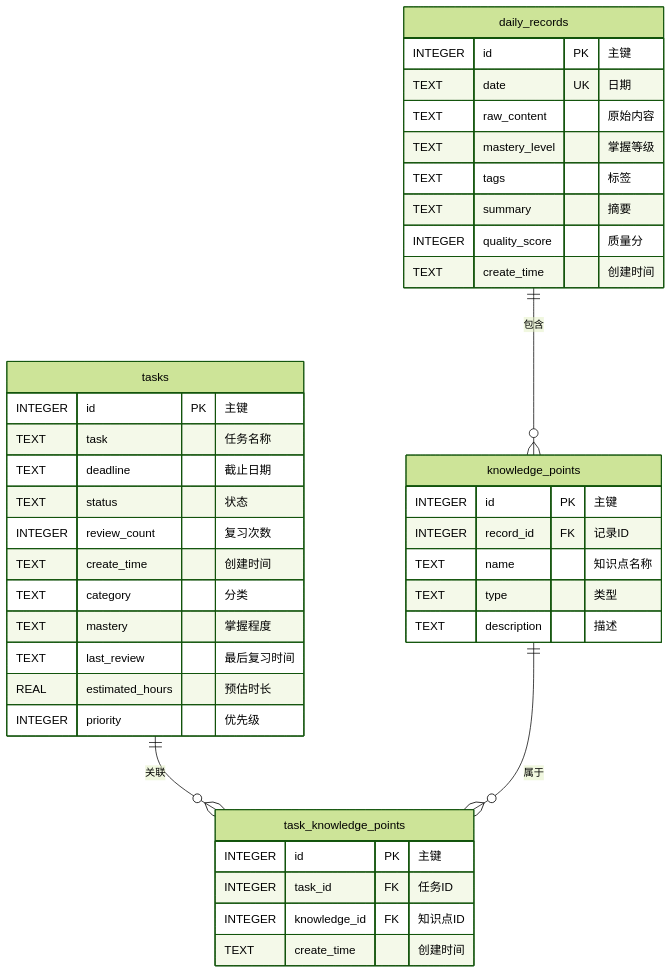
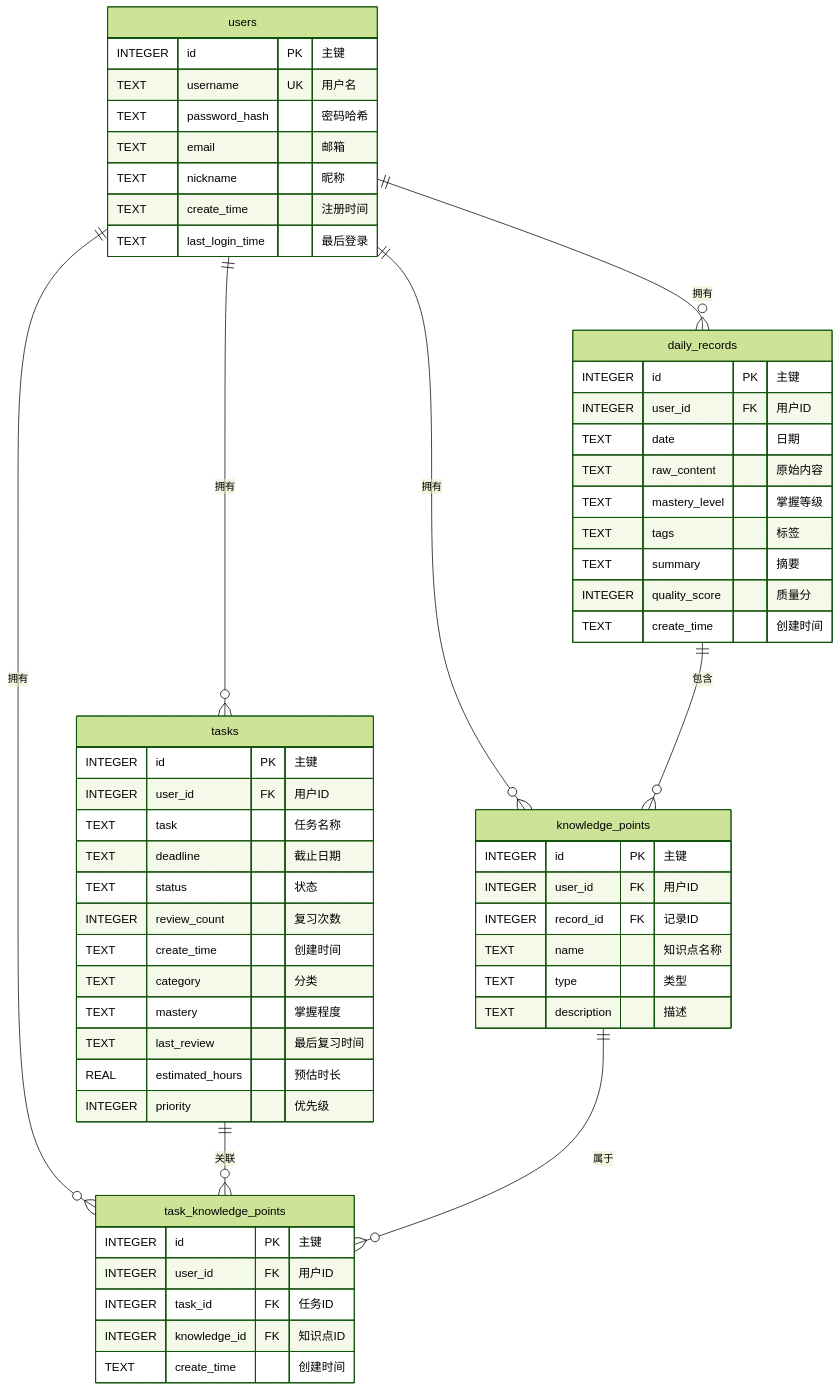
The first of 3 diagrams in README.md (LIUGUANYI-WQ/study_agent), drawn with Mermaid (forest theme) before and after one commit. The commit also changed other lines of this file and 10 other files, not shown here.

````diff
--- a/README.md
+++ b/README.md
@@ -109,46 +111,64 @@
 ```mermaid
 erDiagram
+    users ||--o{ tasks : "拥有"
+    users ||--o{ daily_records : "拥有"
+    users ||--o{ knowledge_points : "拥有"
+    users ||--o{ task_knowledge_points : "拥有"
     tasks ||--o{ task_knowledge_points : "关联"
     daily_records ||--o{ knowledge_points : "包含"
     knowledge_points ||--o{ task_knowledge_points : "属于"
 
+    users {
+        INTEGER id PK "主键"
+        TEXT username UK "用户名"
+        TEXT password_hash "密码哈希"
+        TEXT email "邮箱"
+        TEXT nickname "昵称"
+        TEXT create_time "注册时间"
+        TEXT last_login_time "最后登录"
+    }
+
     tasks {
         INTEGER id PK "主键"
+        INTEGER user_id FK "用户ID"
         TEXT task "任务名称"
         TEXT deadline "截止日期"
         TEXT status "状态"
         INTEGER review_count "复习次数"
         TEXT create_time "创建时间"
         TEXT category "分类"
         TEXT mastery "掌握程度"
         TEXT last_review "最后复习时间"
         REAL estimated_hours "预估时长"
         INTEGER priority "优先级"
     }
 
     daily_records {
         INTEGER id PK "主键"
-        TEXT date UK "日期"
+        INTEGER user_id FK "用户ID"
+        TEXT date "日期"
         TEXT raw_content "原始内容"
         TEXT mastery_level "掌握等级"
         TEXT tags "标签"
         TEXT summary "摘要"
         INTEGER quality_score "质量分"
         TEXT create_time "创建时间"
     }
 
     knowledge_points {
         INTEGER id PK "主键"
+        INTEGER user_id FK "用户ID"
         INTEGER record_id FK "记录ID"
         TEXT name "知识点名称"
         TEXT type "类型"
         TEXT description "描述"
     }
 
     task_knowledge_points {
         INTEGER id PK "主键"
+        INTEGER user_id FK "用户ID"
         INTEGER task_id FK "任务ID"
         INTEGER knowledge_id FK "知识点ID"
         TEXT create_time "创建时间"
     }
 ```
````
